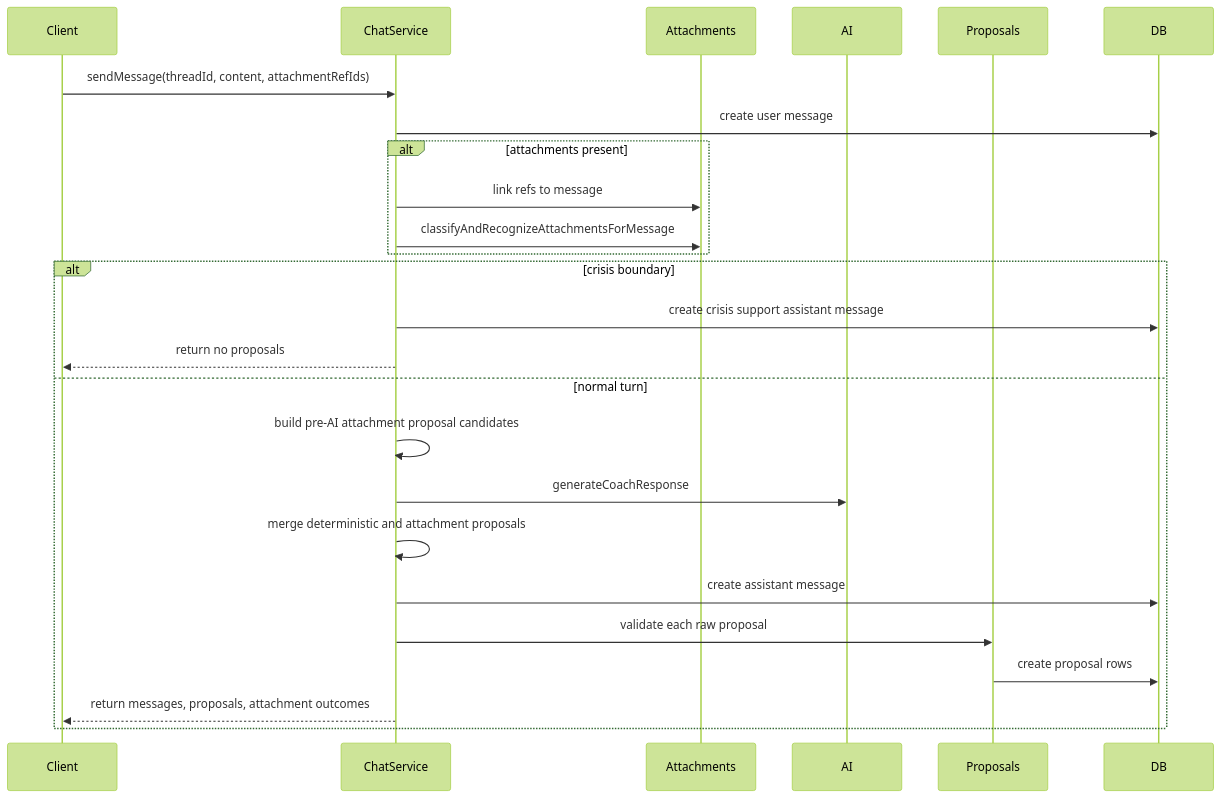
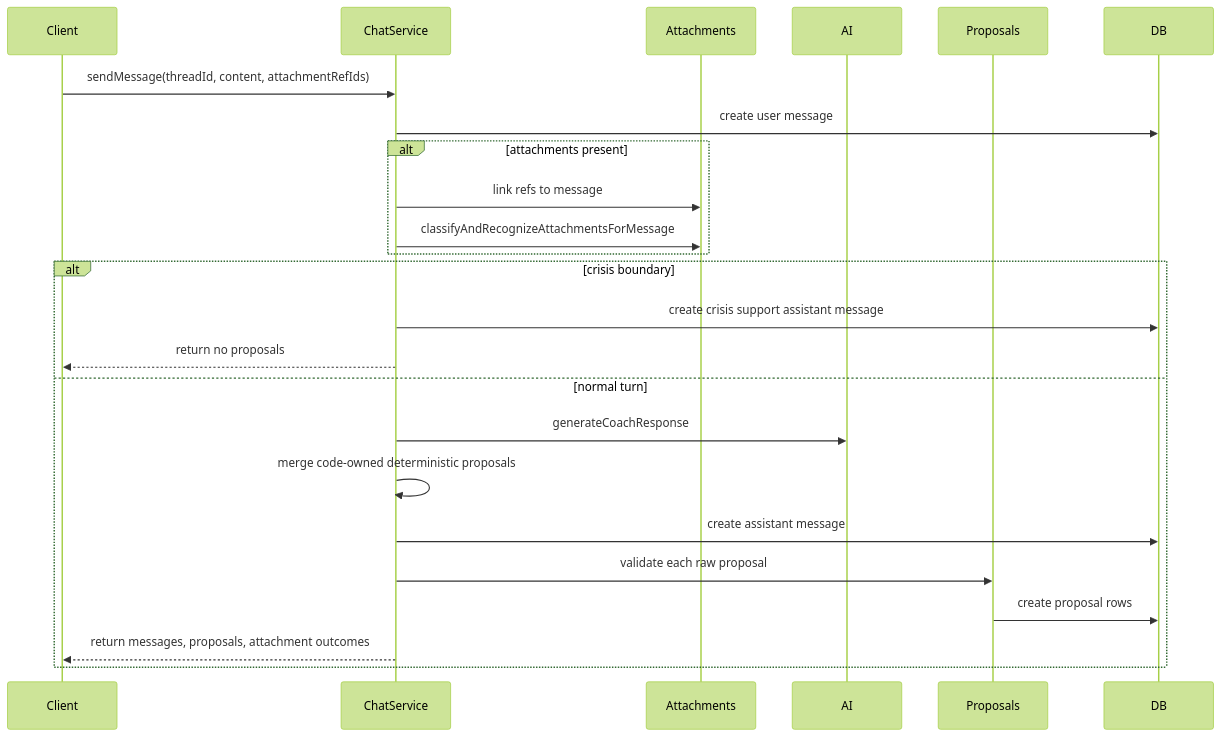
One commit to IldarRash/HealthTracer changed the first of 3 diagrams in docs/architecture/ai-update-flow.md. Above: the diagram before and after it, drawn with Mermaid (forest theme). The commit also changed other lines of this file and 122 other files, not shown here.

````diff
--- a/docs/architecture/ai-update-flow.md
+++ b/docs/architecture/ai-update-flow.md
@@ -42,28 +41,27 @@
 ```mermaid
 sequenceDiagram
   participant Client
   participant ChatService
   participant Attachments
   participant AI
   participant Proposals
   participant DB
 
   Client->>ChatService: sendMessage(threadId, content, attachmentRefIds)
   ChatService->>DB: create user message
   alt attachments present
     ChatService->>Attachments: link refs to message
     ChatService->>Attachments: classifyAndRecognizeAttachmentsForMessage
   end
   alt crisis boundary
     ChatService->>DB: create crisis support assistant message
     ChatService-->>Client: return no proposals
   else normal turn
-    ChatService->>ChatService: build pre-AI attachment proposal candidates
     ChatService->>AI: generateCoachResponse
-    ChatService->>ChatService: merge deterministic and attachment proposals
+    ChatService->>ChatService: merge code-owned deterministic proposals
     ChatService->>DB: create assistant message
     ChatService->>Proposals: validate each raw proposal
     Proposals->>DB: create proposal rows
     ChatService-->>Client: return messages, proposals, attachment outcomes
   end
 ```
````
